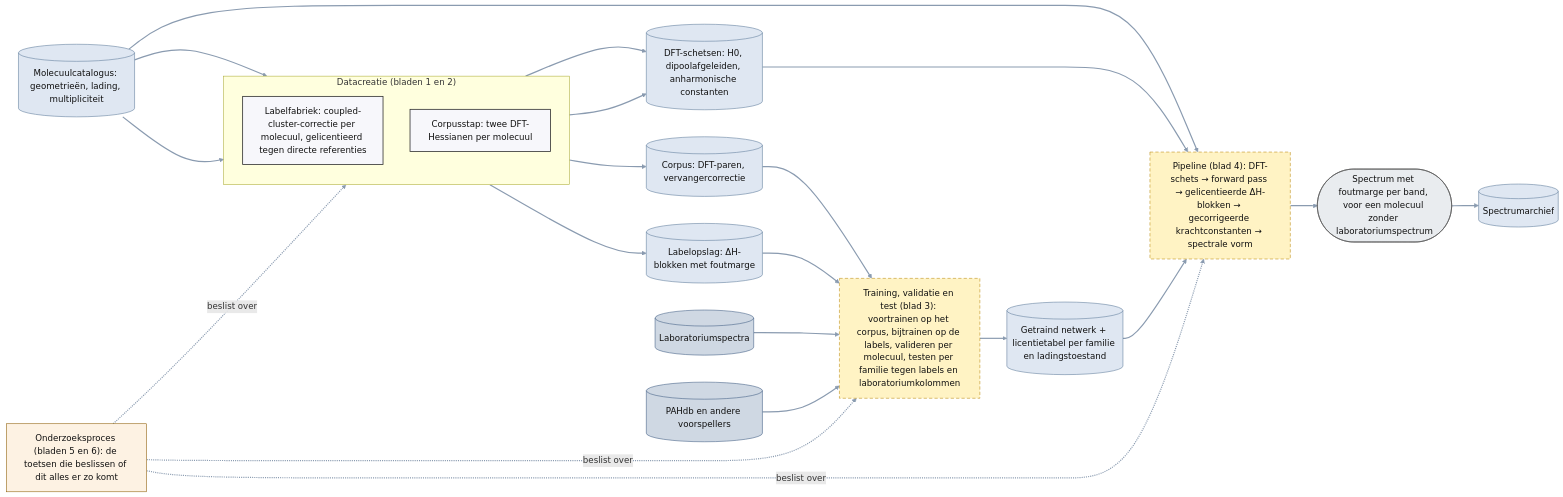
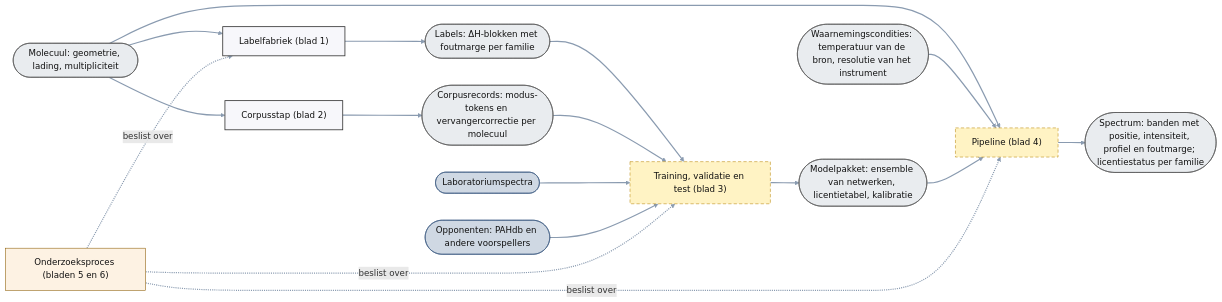
Before and after one commit to thebreadishard/udacity-capstone-plan: the diagram in plans/05_delta-probed-ir-pipeline/GoalGathering/architecture/00_overzicht.mmd, drawn with Mermaid. The commit also changed 5 other files, not shown here.

Commit message:
Plan 05 architecture: the agreed rules applied to all target sheets (overview, label factory, corpus, training/validation/test, forward-pass components): step -> one data object, operation + software captions, no stores, no diamonds on target sheets, plain Mermaid; index with the consolidated rules

```diff
--- a/plans/05_delta-probed-ir-pipeline/GoalGathering/architecture/00_overzicht.mmd
+++ b/plans/05_delta-probed-ir-pipeline/GoalGathering/architecture/00_overzicht.mmd
@@ -1,49 +1,39 @@
-%% Overzicht plan 05 (niveau 1): vier soorten proces en de opslagen die ze verbinden. Stand 20 september 2026.
-%% Rechthoek = proces (hier: een heel blad); cilinder = opslag; ronde uiteinden = data-object; pijl = datastroom. Gestippeld = nog niet gebouwd.
+%% Overzicht plan 05 (niveau 1): vier soorten proces en de data-objecten die ze verbinden. Doelarchitectuur; geen besluiten, geen data.
+%% Rechthoek = proces (hier: een heel blad); ronde uiteinden = data-object; pijl = datastroom. Gestippeld = nog niet gebouwd.
 flowchart LR
   linkStyle default stroke:#8a9bb0,stroke-width:2.2px
   classDef planned stroke-dasharray: 6 4,stroke:#b8860b,fill:#fff3c4,color:#111
   classDef ext fill:#cfd8e3,stroke:#3d5a80,color:#111
   classDef data fill:#e9ecef,stroke:#555,color:#111
-  classDef store fill:#dfe7f2,stroke:#5b7a99,color:#111
   classDef proc fill:#f7f7fb,stroke:#333,stroke-width:1.5px,color:#111
   classDef research fill:#fdf2e3,stroke:#8a5a00,color:#111
 
-  CAT[("Molecuulcatalogus: geometrieën, lading, multipliciteit")]:::store
+  MOL(["Molecuul: geometrie, lading, multipliciteit"]):::data
+  COND(["Waarnemingscondities: temperatuur van de bron, resolutie van het instrument"]):::data
+  LABDB(["Laboratoriumspectra"]):::ext
+  PAHDB(["Opponenten: PAHdb en andere voorspellers"]):::ext
 
-  subgraph DC["Datacreatie (bladen 1 en 2)"]
-    direction TB
-    LABF["Labelfabriek: coupled-cluster-correctie per molecuul, gelicentieerd tegen directe referenties"]:::proc
-    CORPF["Corpusstap: twee DFT-Hessianen per molecuul"]:::proc
-  end
-  LABELS[("Labelopslag: ΔH-blokken met foutmarge")]:::store
-  CORPUS[("Corpus: DFT-paren, vervangercorrectie")]:::store
-  SKETCHES[("DFT-schetsen: H0, dipoolafgeleiden, anharmonische constanten")]:::store
+  LABF["Labelfabriek (blad 1)"]:::proc
+  LABELS(["Labels: ΔH-blokken met foutmarge per familie"]):::data
+  CORPF["Corpusstap (blad 2)"]:::proc
+  CORPUS(["Corpusrecords: modus-tokens en vervangercorrectie per molecuul"]):::data
+  TRAIN["Training, validatie en test (blad 3)"]:::planned
+  MODEL(["Modelpakket: ensemble van netwerken, licentietabel, kalibratie"]):::data
+  PIPE["Pipeline (blad 4)"]:::planned
+  SPEC(["Spectrum: banden met positie, intensiteit, profiel en foutmarge; licentiestatus per familie"]):::data
+  RES["Onderzoeksproces (bladen 5 en 6)"]:::research
 
-  TRAIN["Training, validatie en test (blad 3): voortrainen op het corpus, bijtrainen op de labels, valideren per molecuul, testen per familie tegen labels en laboratoriumkolommen"]:::planned
-  MODEL[("Getraind netwerk + licentietabel per familie en ladingstoestand")]:::store
-  LABDB[("Laboratoriumspectra")]:::ext
-  PAHDB[("PAHdb en andere voorspellers")]:::ext
-
-  PIPE["Pipeline (blad 4): DFT-schets → forward pass → gelicentieerde ΔH-blokken → gecorrigeerde krachtconstanten → spectrale vorm"]:::planned
-  SPEC(["Spectrum met foutmarge per band, voor een molecuul zonder laboratoriumspectrum"]):::data
-  SPECS[("Spectrumarchief")]:::store
-
-  RES["Onderzoeksproces (bladen 5 en 6): de toetsen die beslissen of dit alles er zo komt"]:::research
-
-  CAT --> LABF --> LABELS
-  CAT --> CORPF --> CORPUS
-  CORPF --> SKETCHES
-  LABF --> SKETCHES
+  MOL --> LABF --> LABELS
+  MOL --> CORPF --> CORPUS
+  LABELS --> TRAIN
   CORPUS --> TRAIN
-  LABELS --> TRAIN
   LABDB --> TRAIN
   PAHDB --> TRAIN
   TRAIN --> MODEL
-  CAT --> PIPE
-  SKETCHES --> PIPE
+  MOL --> PIPE
+  COND --> PIPE
   MODEL --> PIPE
-  PIPE --> SPEC --> SPECS
-  RES -. beslist over .-> DC
+  PIPE --> SPEC
+  RES -. beslist over .-> LABF
   RES -. beslist over .-> TRAIN
   RES -. beslist over .-> PIPE
```
